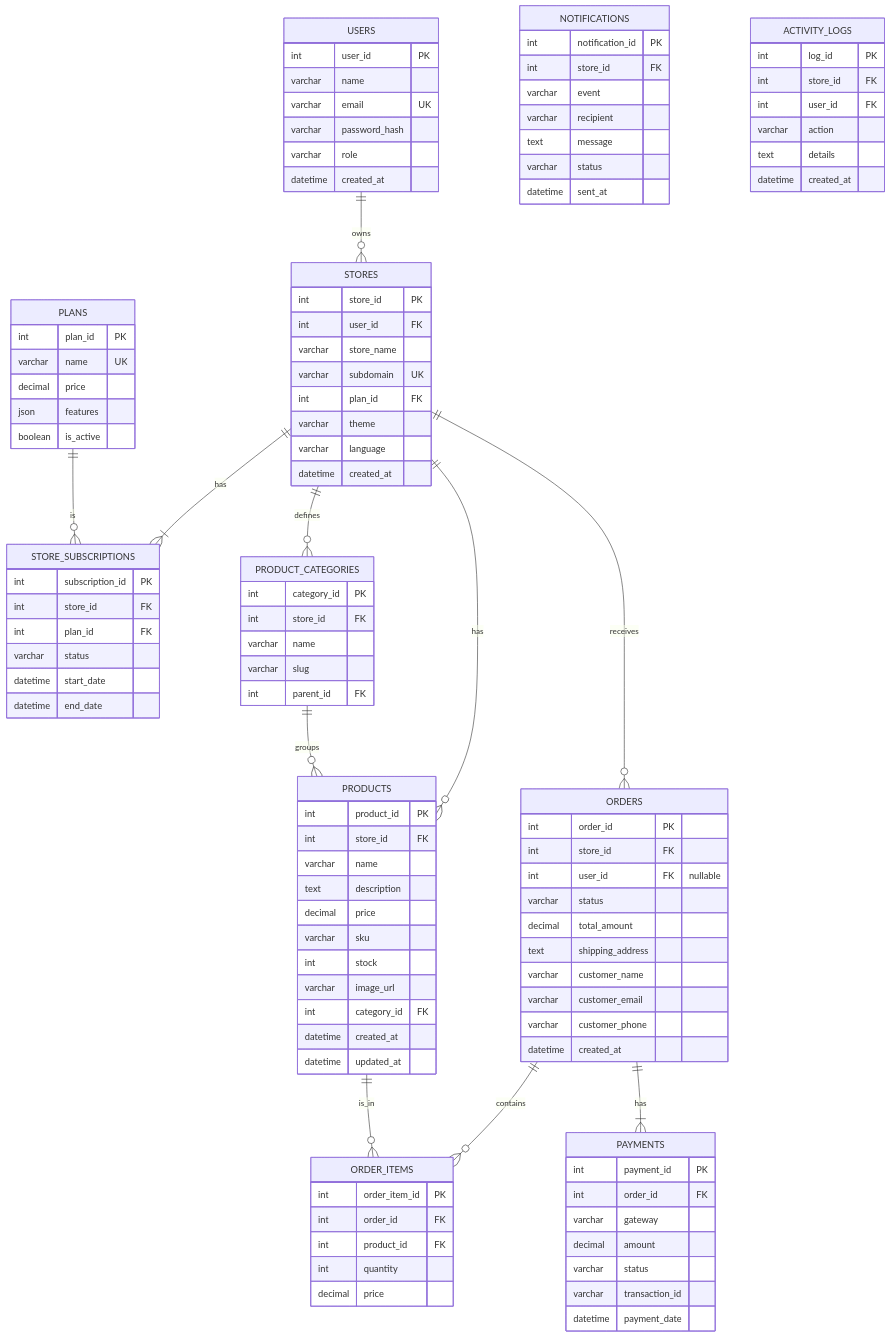
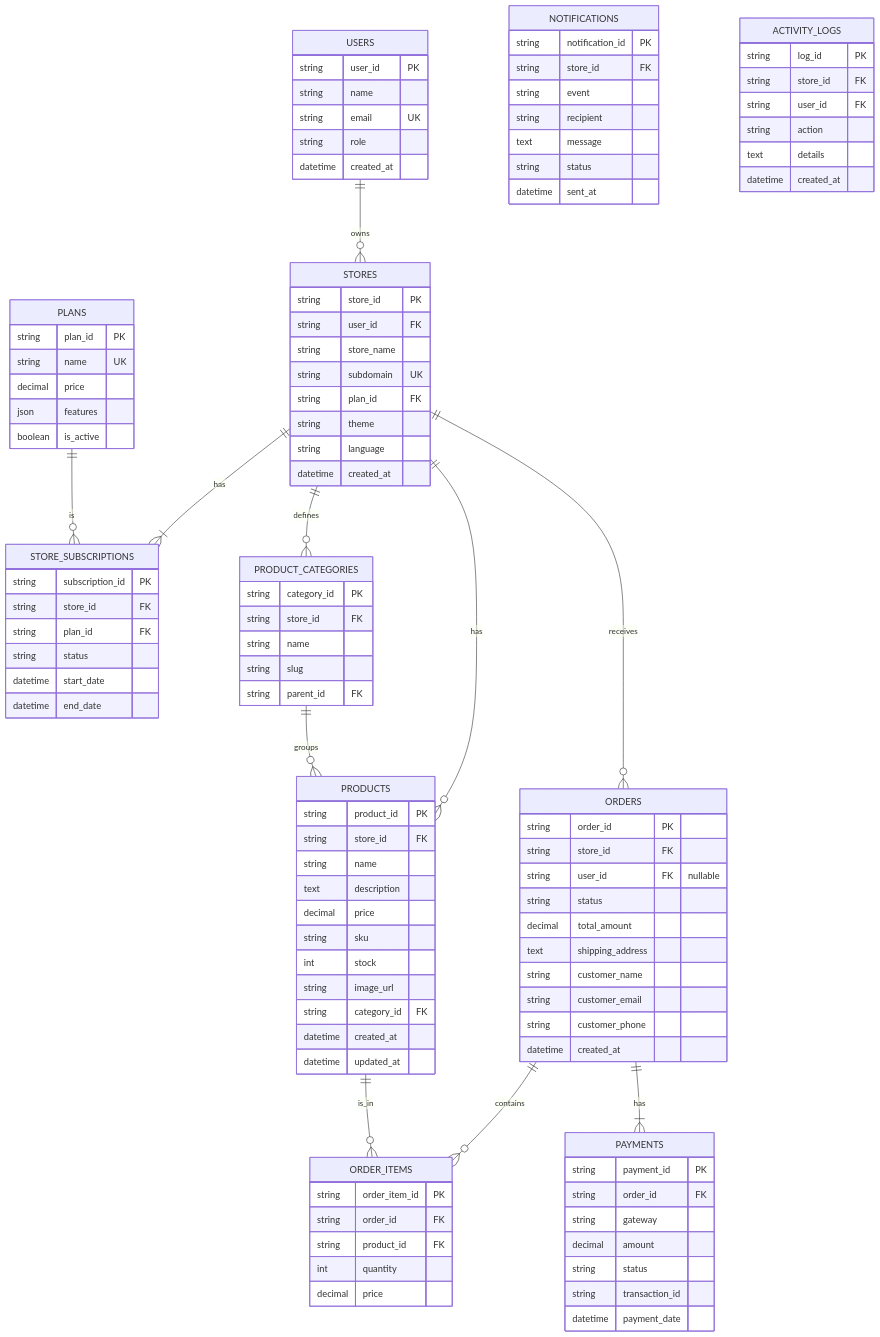
Before and after one commit to rescue-nerd/nexus-cart-studio: the diagram in HANDOFF.md, drawn with Mermaid. The commit also changed other lines of this file, not shown here.

````diff
--- a/HANDOFF.md
+++ b/HANDOFF.md
@@ -21,110 +21,109 @@
 ```mermaid
 erDiagram
     USERS {
-        int user_id PK
-        varchar name
-        varchar email UK
-        varchar password_hash
-        varchar role
+        string user_id PK
+        string name
+        string email UK
+        string role
         datetime created_at
     }
 
     STORES {
-        int store_id PK
-        int user_id FK
-        varchar store_name
-        varchar subdomain UK
-        int plan_id FK
-        varchar theme
-        varchar language
+        string store_id PK
+        string user_id FK
+        string store_name
+        string subdomain UK
+        string plan_id FK
+        string theme
+        string language
         datetime created_at
     }
 
     PLANS {
-        int plan_id PK
-        varchar name UK
+        string plan_id PK
+        string name UK
         decimal price
         json features
         boolean is_active
     }
 
     STORE_SUBSCRIPTIONS {
-        int subscription_id PK
-        int store_id FK
-        int plan_id FK
-        varchar status
+        string subscription_id PK
+        string store_id FK
+        string plan_id FK
+        string status
         datetime start_date
         datetime end_date
     }
 
     PRODUCTS {
-        int product_id PK
-        int store_id FK
-        varchar name
+        string product_id PK
+        string store_id FK
+        string name
         text description
         decimal price
-        varchar sku
+        string sku
         int stock
-        varchar image_url
-        int category_id FK
+        string image_url
+        string category_id FK
         datetime created_at
         datetime updated_at
     }
 
     PRODUCT_CATEGORIES {
-        int category_id PK
-        int store_id FK
-        varchar name
-        varchar slug
-        int parent_id FK
+        string category_id PK
+        string store_id FK
+        string name
+        string slug
+        string parent_id FK
     }
 
     ORDERS {
-        int order_id PK
-        int store_id FK
-        int user_id FK "nullable"
-        varchar status
+        string order_id PK
+        string store_id FK
+        string user_id FK "nullable"
+        string status
         decimal total_amount
         text shipping_address
-        varchar customer_name
-        varchar customer_email
-        varchar customer_phone
+        string customer_name
+        string customer_email
+        string customer_phone
         datetime created_at
     }
 
     ORDER_ITEMS {
-        int order_item_id PK
-        int order_id FK
-        int product_id FK
+        string order_item_id PK
+        string order_id FK
+        string product_id FK
         int quantity
         decimal price
     }
 
     PAYMENTS {
-        int payment_id PK
-        int order_id FK
-        varchar gateway
+        string payment_id PK
+        string order_id FK
+        string gateway
         decimal amount
-        varchar status
-        varchar transaction_id
+        string status
+        string transaction_id
         datetime payment_date
     }
 
     NOTIFICATIONS {
-      int notification_id PK
-      int store_id FK
-      varchar event
-      varchar recipient
+      string notification_id PK
+      string store_id FK
+      string event
+      string recipient
       text message
-      varchar status
+      string status
       datetime sent_at
     }
 
     ACTIVITY_LOGS {
-        int log_id PK
-        int store_id FK
-        int user_id FK
-        varchar action
+        string log_id PK
+        string store_id FK
+        string user_id FK
+        string action
         text details
         datetime created_at
     }
````
